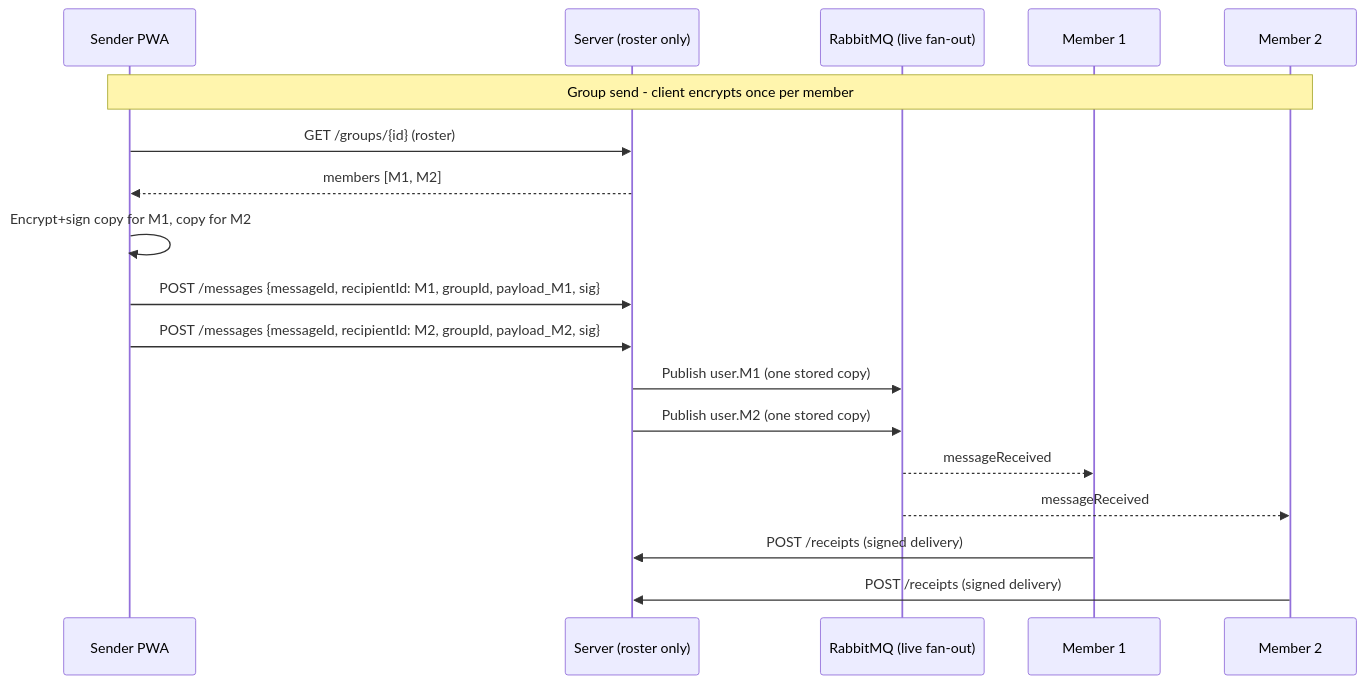
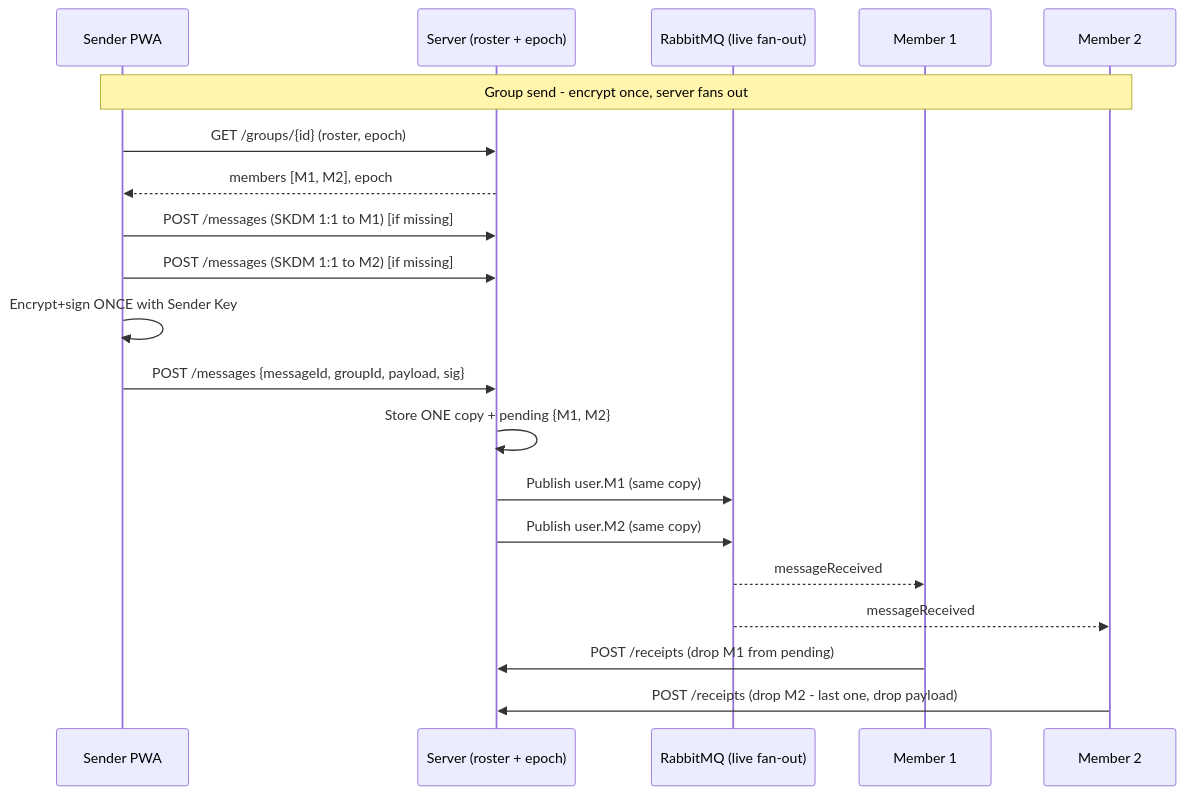
One commit to olshanskyev/fourletters-meta changed the sixth of 7 diagrams in doc/ARCHITECTURE.md. Above: the diagram before and after it, drawn with Mermaid. The commit also changed other lines of this file and 7 other files, not shown here.

Commit message:
feat: Sender key implementation

````diff
--- a/doc/ARCHITECTURE.md
+++ b/doc/ARCHITECTURE.md
@@ -217,21 +217,23 @@
 ```mermaid
 sequenceDiagram
     participant Sender as Sender PWA
-    participant Server as Server (roster only)
+    participant Server as Server (roster + epoch)
     participant MQ as RabbitMQ (live fan-out)
     participant M1 as Member 1
     participant M2 as Member 2
 
-    Note over Sender,M2: Group send - client encrypts once per member
-    Sender->>Server: GET /groups/{id} (roster)
-    Server-->>Sender: members [M1, M2]
-    Sender->>Sender: Encrypt+sign copy for M1, copy for M2
-    Sender->>Server: POST /messages {messageId, recipientId: M1, groupId, payload_M1, sig}
-    Sender->>Server: POST /messages {messageId, recipientId: M2, groupId, payload_M2, sig}
-    Server->>MQ: Publish user.M1 (one stored copy)
-    Server->>MQ: Publish user.M2 (one stored copy)
+    Note over Sender,M2: Group send - encrypt once, server fans out
+    Sender->>Server: GET /groups/{id} (roster, epoch)
+    Server-->>Sender: members [M1, M2], epoch
+    Sender->>Server: POST /messages (SKDM 1:1 to M1) [if missing]
+    Sender->>Server: POST /messages (SKDM 1:1 to M2) [if missing]
+    Sender->>Sender: Encrypt+sign ONCE with Sender Key
+    Sender->>Server: POST /messages {messageId, groupId, payload, sig}
+    Server->>Server: Store ONE copy + pending {M1, M2}
+    Server->>MQ: Publish user.M1 (same copy)
+    Server->>MQ: Publish user.M2 (same copy)
     MQ-->>M1: messageReceived
     MQ-->>M2: messageReceived
-    M1->>Server: POST /receipts (signed delivery)
-    M2->>Server: POST /receipts (signed delivery)
+    M1->>Server: POST /receipts (drop M1 from pending)
+    M2->>Server: POST /receipts (drop M2 - last one, drop payload)
 ```
````
